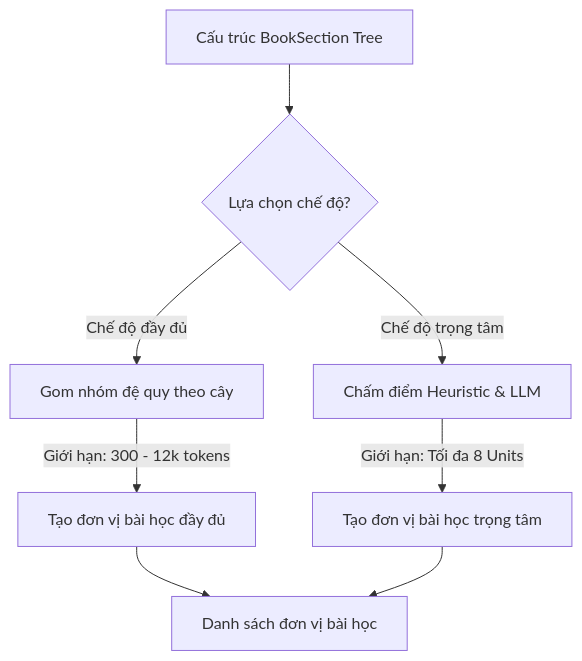
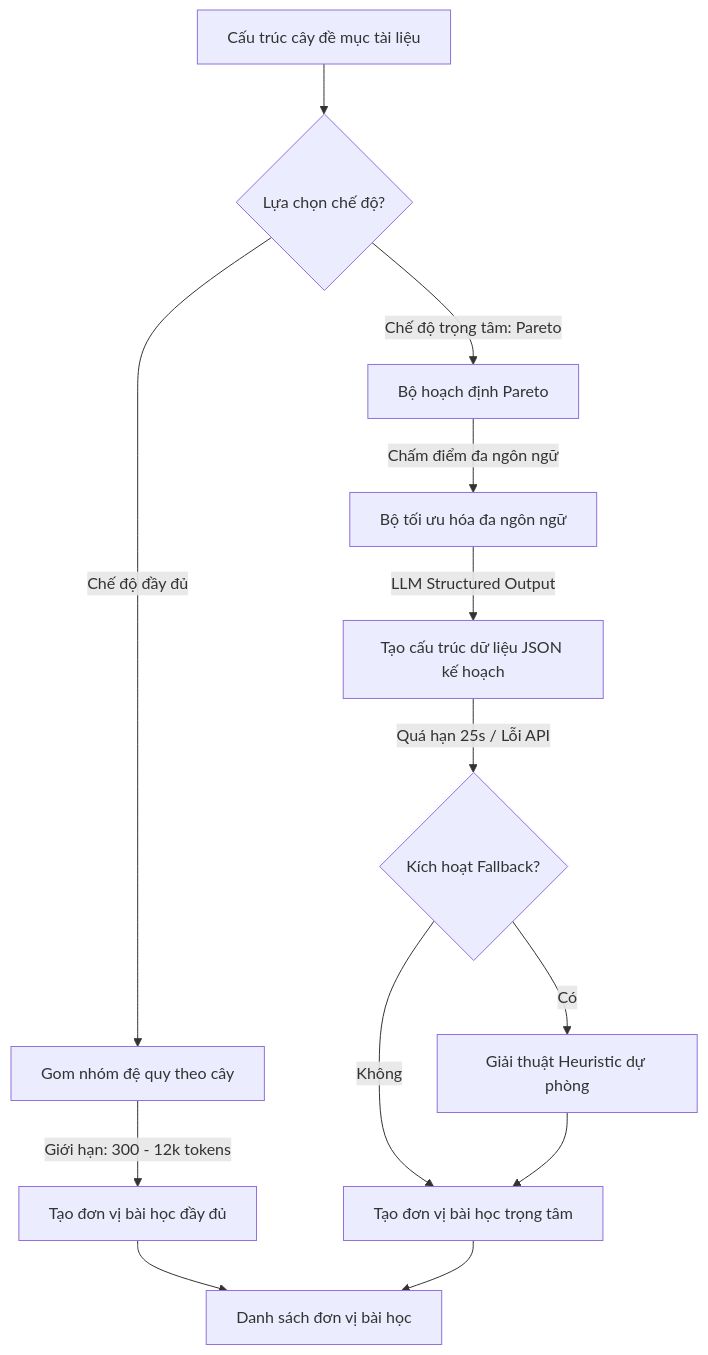
Before and after one commit to KhoaSinno/triam-backend: the third of 6 diagrams in _docs_capstone/outline_4c.md, drawn with Mermaid. The commit also changed other lines of this file and 1 other file, not shown here.

````diff
--- a/_docs_capstone/outline_4c.md
+++ b/_docs_capstone/outline_4c.md
@@ -89,10 +130,19 @@
 ```mermaid
 flowchart TD
-    Tree[Cấu trúc BookSection Tree] --> ModeSelect{Lựa chọn chế độ?}
+    Tree[Cấu trúc cây đề mục tài liệu] --> ModeSelect{Lựa chọn chế độ?}
+
     ModeSelect -->|Chế độ đầy đủ| FullPlan[Gom nhóm đệ quy theo cây]
-    ModeSelect -->|Chế độ trọng tâm| ParetoPlan[Chấm điểm Heuristic & LLM]
+    ModeSelect -->|Chế độ trọng tâm: Pareto| ParetoPlan[Bộ hoạch định Pareto]
+
     FullPlan -->|Giới hạn: 300 - 12k tokens| FullUnit[Tạo đơn vị bài học đầy đủ]
-    ParetoPlan -->|Giới hạn: Tối đa 8 Units| ParetoUnit[Tạo đơn vị bài học trọng tâm]
+
+    ParetoPlan -->|Chấm điểm đa ngôn ngữ| MSO[Bộ tối ưu hóa đa ngôn ngữ]
+    MSO -->|LLM Structured Output| JSONOut[Tạo cấu trúc dữ liệu JSON kế hoạch]
+    JSONOut -->|Quá hạn 25s / Lỗi API| Fallback{Kích hoạt Fallback?}
+    Fallback -->|Có| Deterministic[Giải thuật Heuristic dự phòng]
+    Fallback -->|Không| ParetoUnit[Tạo đơn vị bài học trọng tâm]
+    Deterministic --> ParetoUnit
+
     FullUnit --> Output[Danh sách đơn vị bài học]
     ParetoUnit --> Output
 ```
````
